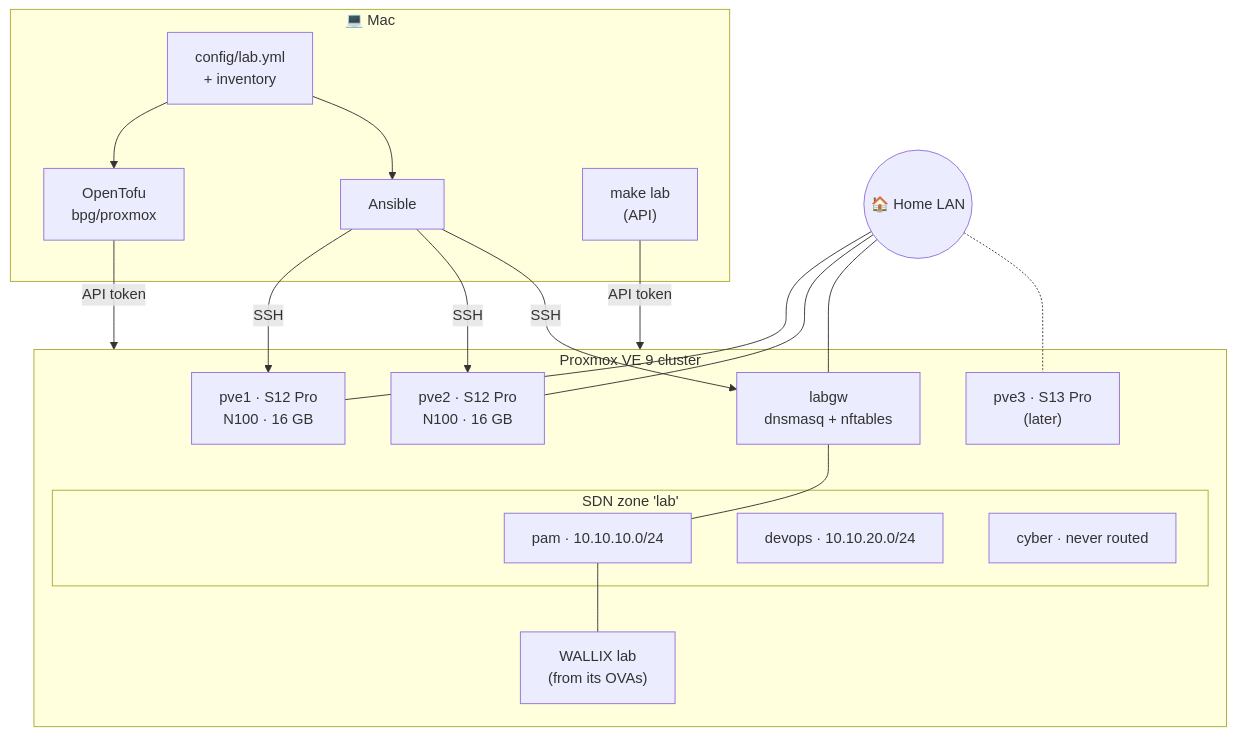
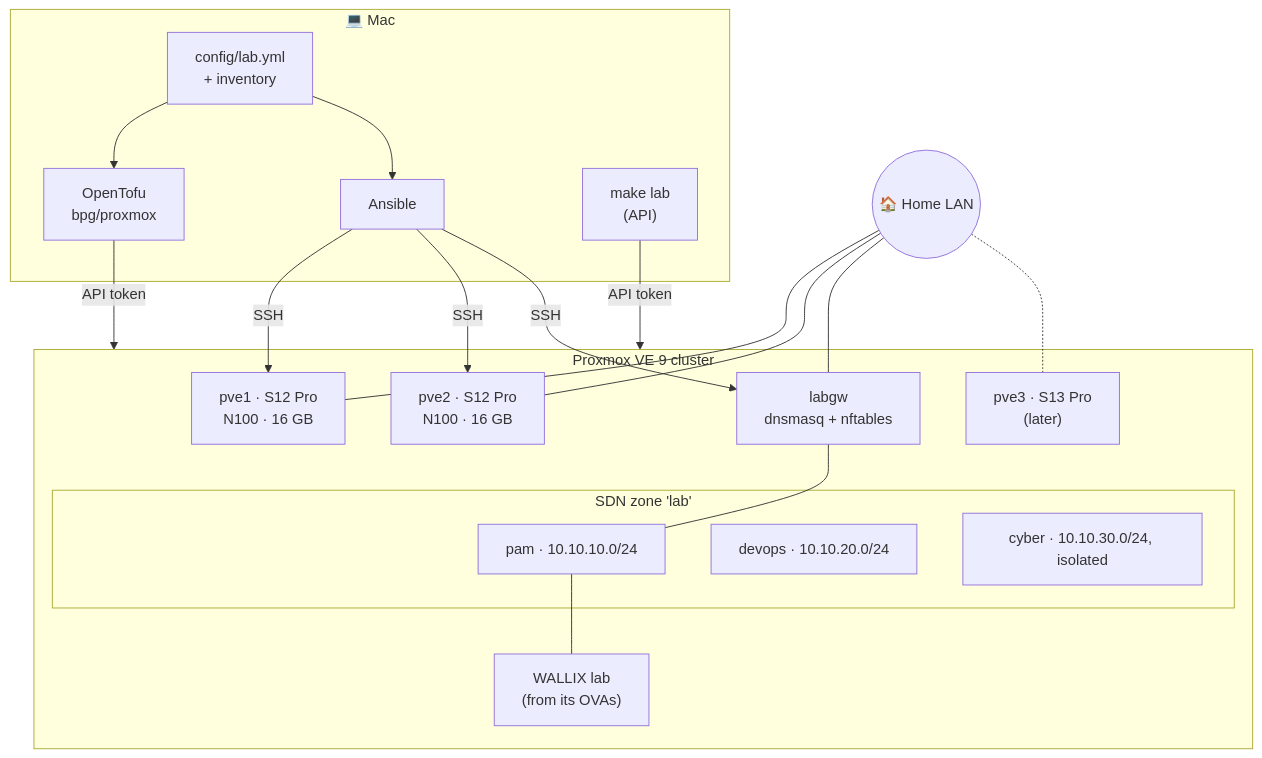
Before and after one commit to morandeirachema/Lab: the diagram in README.md, drawn with Mermaid. The commit also changed other lines of this file and 3 other files, not shown here.

First line of the commit message:
docs: CISSP projects on the lab's own controls; README and roadmap catch up

````diff
--- a/README.md
+++ b/README.md
@@ -33,35 +33,35 @@
 ```mermaid
 flowchart TB
   subgraph mac["💻 Mac"]
     yml["config/lab.yml<br/>+ inventory"]
     tofu["OpenTofu<br/>bpg/proxmox"]
     ans["Ansible"]
     ctl["make lab<br/>(API)"]
     yml --> tofu
     yml --> ans
   end
 
   subgraph cluster["Proxmox VE 9 cluster"]
     pve1["pve1 · S12 Pro<br/>N100 · 16 GB"]
     pve2["pve2 · S12 Pro<br/>N100 · 16 GB"]
     pve3["pve3 · S13 Pro<br/>(later)"]
     subgraph sdn["SDN zone 'lab'"]
       pam["pam · 10.10.10.0/24"]
       devops["devops · 10.10.20.0/24"]
-      cyber["cyber · never routed"]
+      cyber["cyber · 10.10.30.0/24, isolated"]
     end
     labgw["labgw<br/>dnsmasq + nftables"]
     wallix["WALLIX lab<br/>(from its OVAs)"]
     labgw --- pam --- wallix
   end
 
   tofu -- "API token" --> cluster
   ctl -- "API token" --> cluster
   ans -- "SSH" --> pve1
   ans -- "SSH" --> pve2
   ans -- "SSH" --> labgw
   lan(("🏠 Home LAN")) --- pve1
   lan --- pve2
   lan --- labgw
   lan -.- pve3
 ```
````
